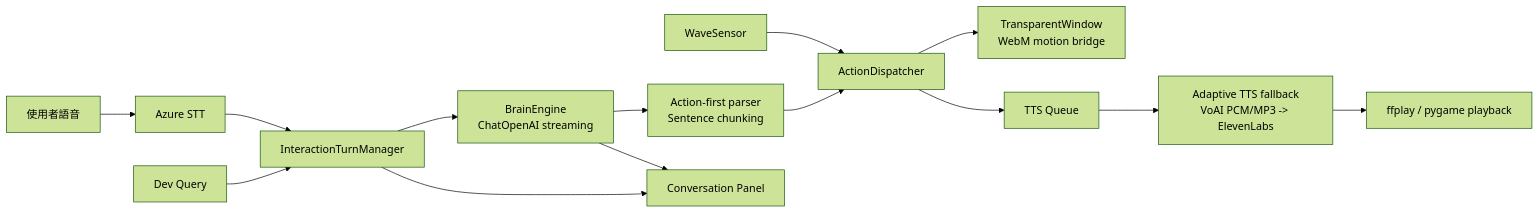
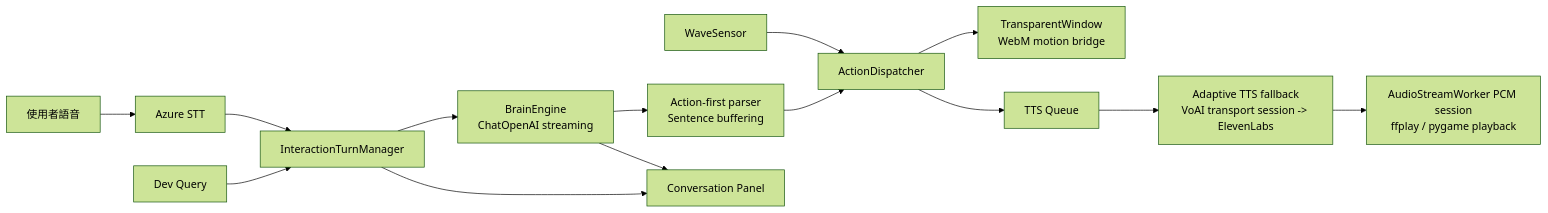
The diagram in README.md (Jason25684531/Virtual-Pet), drawn with Mermaid (forest theme) before and after one commit. The commit also changed other lines of this file and 13 other files, not shown here.

````diff
--- a/README.md
+++ b/README.md
@@ -23,19 +23,19 @@
 ```mermaid
 flowchart LR
     U[使用者語音] --> STT[Azure STT]
     D[Dev Query] --> TURN[InteractionTurnManager]
     W[WaveSensor] --> DISP[ActionDispatcher]
 
     STT --> TURN
     TURN --> BRAIN[BrainEngine\nChatOpenAI streaming]
-    BRAIN --> PARSER[Action-first parser\nSentence chunking]
+    BRAIN --> PARSER[Action-first parser\nSentence buffering]
     PARSER --> DISP
 
     DISP --> MOTION[TransparentWindow\nWebM motion bridge]
     DISP --> TTSQ[TTS Queue]
-    TTSQ --> TTS[Adaptive TTS fallback\nVoAI PCM/MP3 -> ElevenLabs]
-    TTS --> PLAY[ffplay / pygame playback]
+    TTSQ --> TTS[Adaptive TTS fallback\nVoAI transport session -> ElevenLabs]
+    TTS --> PLAY[AudioStreamWorker PCM session\nffplay / pygame playback]
 
     TURN --> CHAT[Conversation Panel]
     BRAIN --> CHAT
 ```
````
